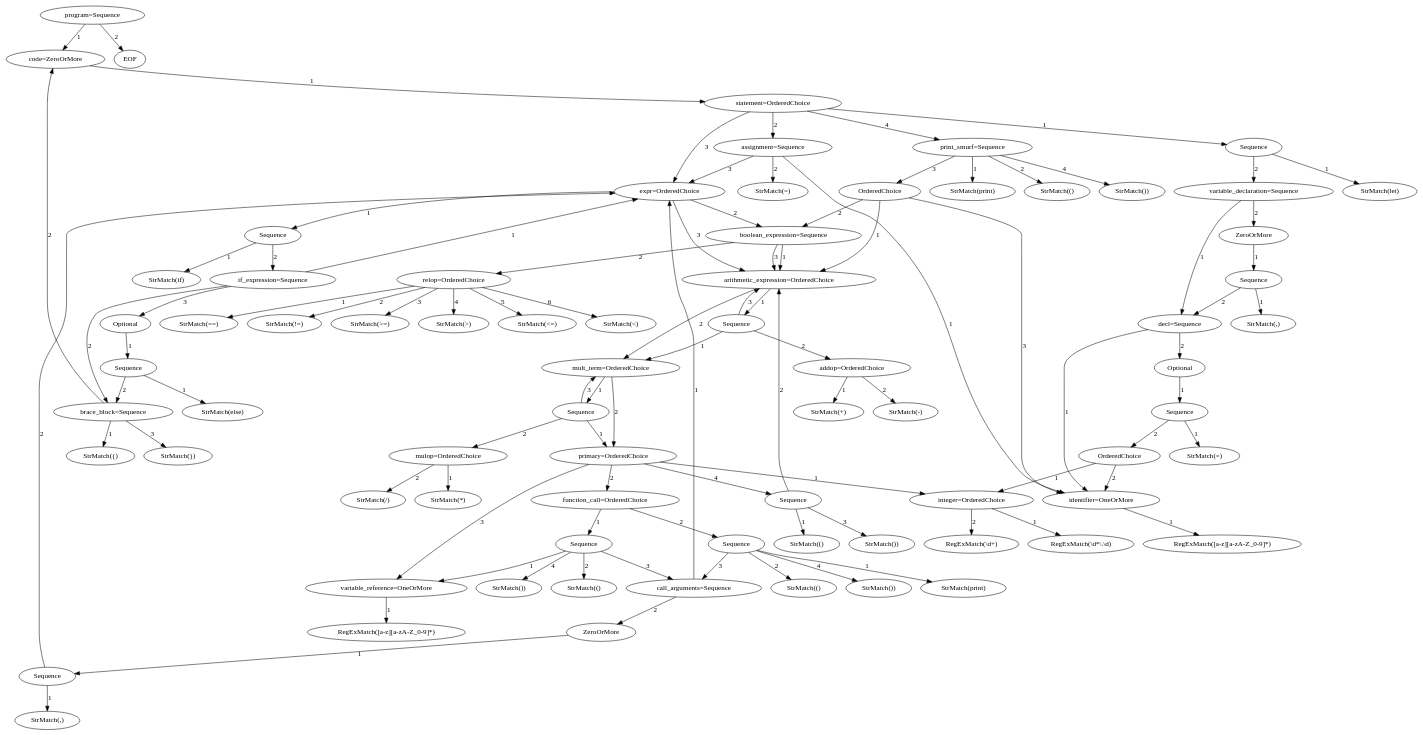
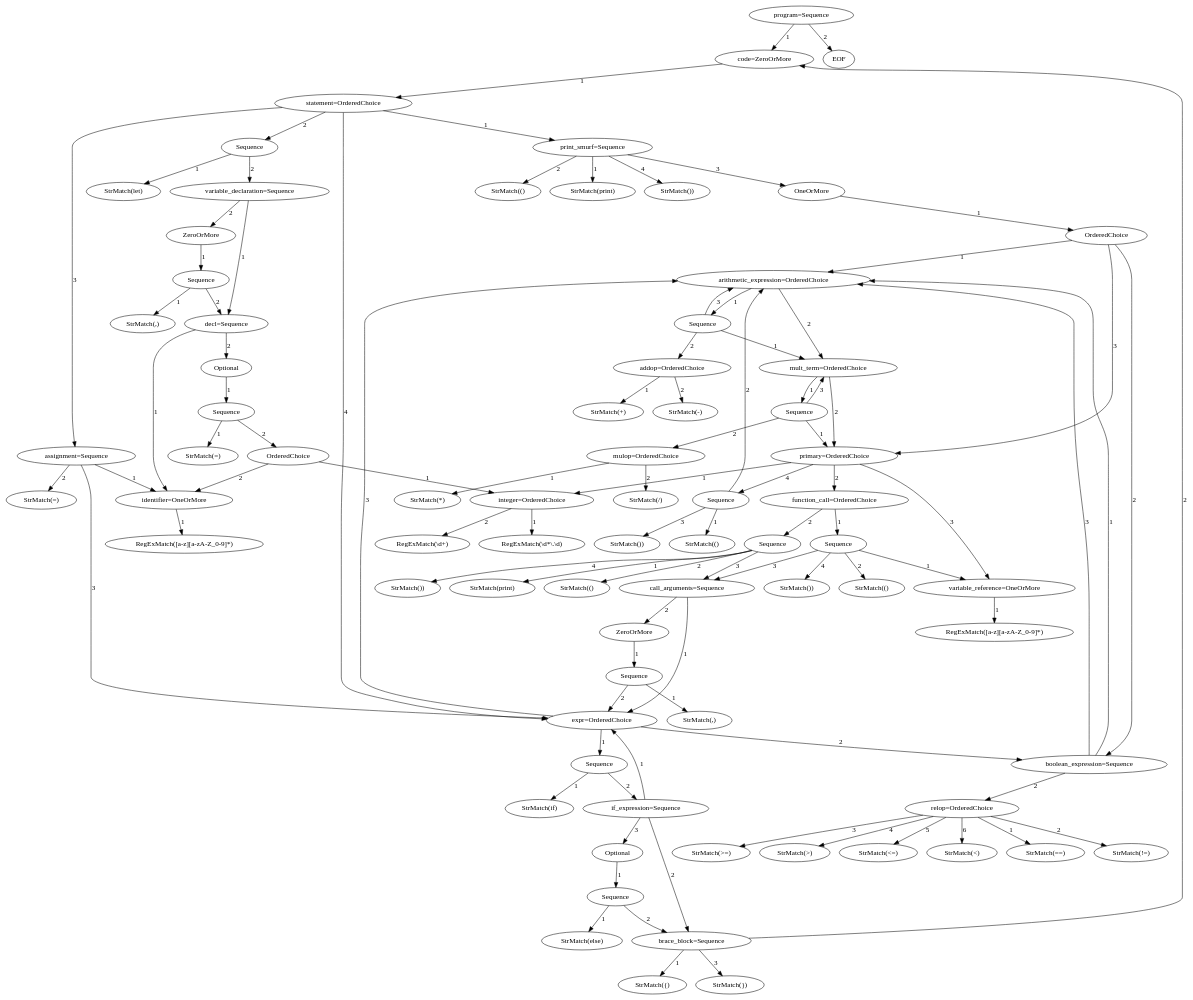
The diagram in program_parser_model.dot (pragdave/cs3342_smurf), drawn with Graphviz before and after one commit. The commit also changed 13 other files, not shown here.

```diff
--- a/program_parser_model.dot
+++ b/program_parser_model.dot
@@ -1,263 +1,266 @@
 digraph arpeggio_graph {
-4710118736 [label="program=Sequence"];
-4710118736->4715002000 [label="1"]
+4710643664 [label="program=Sequence"];
+4710643664->4710645584 [label="1"]
 
-4715002000 [label="code=ZeroOrMore"];
-4715002000->4714634768 [label="1"]
+4710645584 [label="code=ZeroOrMore"];
+4710645584->4710702032 [label="1"]
 
-4714634768 [label="statement=OrderedChoice"];
-4714634768->4714633552 [label="1"]
+4710702032 [label="statement=OrderedChoice"];
+4710702032->4714957712 [label="1"]
 
-4714633552 [label="Sequence"];
-4714633552->4715432272 [label="1"]
+4714957712 [label="print_smurf=Sequence"];
+4714957712->4714955664 [label="1"]
 
-4715432272 [label="StrMatch(let)"];
-4714633552->4711730640 [label="2"]
+4714955664 [label="StrMatch(print)"];
+4714957712->4714958544 [label="2"]
 
-4711730640 [label="variable_declaration=Sequence"];
-4711730640->4713588048 [label="1"]
+4714958544 [label="StrMatch(()"];
+4714957712->4714957648 [label="3"]
 
-4713588048 [label="decl=Sequence"];
-4713588048->4710131024 [label="1"]
+4714957648 [label="OneOrMore"];
+4714957648->4714958480 [label="1"]
 
-4710131024 [label="identifier=OneOrMore"];
-4710131024->4710132624 [label="1"]
+4714958480 [label="OrderedChoice"];
+4714958480->4714957520 [label="1"]
 
-4710132624 [label="RegExMatch([a-z][a-zA-Z_0-9]*)"];
-4713588048->4713587024 [label="2"]
+4714957520 [label="arithmetic_expression=OrderedChoice"];
+4714957520->4714958032 [label="1"]
 
-4713587024 [label="Optional"];
-4713587024->4710130256 [label="1"]
+4714958032 [label="Sequence"];
+4714958032->4714957456 [label="1"]
 
-4710130256 [label="Sequence"];
-4710130256->4710132304 [label="1"]
+4714957456 [label="mult_term=OrderedChoice"];
+4714957456->4714955088 [label="1"]
 
-4710132304 [label="StrMatch(=)"];
-4710130256->4710131728 [label="2"]
+4714955088 [label="Sequence"];
+4714955088->4714957840 [label="1"]
 
-4710131728 [label="OrderedChoice"];
-4710131728->4712754960 [label="1"]
+4714957840 [label="primary=OrderedChoice"];
+4714957840->4714957776 [label="1"]
 
-4712754960 [label="integer=OrderedChoice"];
-4712754960->4710130576 [label="1"]
+4714957776 [label="integer=OrderedChoice"];
+4714957776->4714955344 [label="1"]
 
-4710130576 [label="RegExMatch(\\d*\\.\\d)"];
-4712754960->4710132688 [label="2"]
+4714955344 [label="RegExMatch(\\d*\\.\\d)"];
+4714957776->4713309584 [label="2"]
 
-4710132688 [label="RegExMatch(\\d+)"];
-4710131728->4710131024 [label="2"]
+4713309584 [label="RegExMatch(\\d+)"];
+4714957840->4714958672 [label="2"]
 
-4711730640->4710803408 [label="2"]
+4714958672 [label="function_call=OrderedChoice"];
+4714958672->4708326288 [label="1"]
 
-4710803408 [label="ZeroOrMore"];
-4710803408->4712752592 [label="1"]
+4708326288 [label="Sequence"];
+4708326288->4715000016 [label="1"]
 
-4712752592 [label="Sequence"];
-4712752592->4712751696 [label="1"]
+4715000016 [label="variable_reference=OneOrMore"];
+4715000016->4715001168 [label="1"]
 
-4712751696 [label="StrMatch(,)"];
-4712752592->4713588048 [label="2"]
+4715001168 [label="RegExMatch([a-z][a-zA-Z_0-9]*)"];
+4708326288->4715002448 [label="2"]
 
-4714634768->4713191440 [label="2"]
+4715002448 [label="StrMatch(()"];
+4708326288->4715001488 [label="3"]
 
-4713191440 [label="assignment=Sequence"];
-4713191440->4710131024 [label="1"]
+4715001488 [label="call_arguments=Sequence"];
+4715001488->4715001104 [label="1"]
 
-4713191440->4710133520 [label="2"]
+4715001104 [label="expr=OrderedChoice"];
+4715001104->4715000208 [label="1"]
 
-4710133520 [label="StrMatch(=)"];
-4713191440->4712754896 [label="3"]
+4715000208 [label="Sequence"];
+4715000208->4715002192 [label="1"]
 
-4712754896 [label="expr=OrderedChoice"];
-4712754896->4712752464 [label="1"]
+4715002192 [label="StrMatch(if)"];
+4715000208->4715003216 [label="2"]
 
-4712752464 [label="Sequence"];
-4712752464->4712754640 [label="1"]
+4715003216 [label="if_expression=Sequence"];
+4715003216->4715001104 [label="1"]
 
-4712754640 [label="StrMatch(if)"];
-4712752464->4712754704 [label="2"]
+4715003216->4713309520 [label="2"]
 
-4712754704 [label="if_expression=Sequence"];
-4712754704->4712754896 [label="1"]
+4713309520 [label="brace_block=Sequence"];
+4713309520->4713312016 [label="1"]
 
-4712754704->4710130320 [label="2"]
+4713312016 [label="StrMatch({)"];
+4713309520->4710645584 [label="2"]
 
-4710130320 [label="brace_block=Sequence"];
-4710130320->4712753616 [label="1"]
+4713309520->4713309968 [label="3"]
 
-4712753616 [label="StrMatch({)"];
-4710130320->4715002000 [label="2"]
+4713309968 [label="StrMatch(})"];
+4715003216->4715002832 [label="3"]
 
-4710130320->4712752848 [label="3"]
+4715002832 [label="Optional"];
+4715002832->4713311248 [label="1"]
 
-4712752848 [label="StrMatch(})"];
-4712754704->4712755088 [label="3"]
+4713311248 [label="Sequence"];
+4713311248->4713308880 [label="1"]
 
-4712755088 [label="Optional"];
-4712755088->4712752656 [label="1"]
+4713308880 [label="StrMatch(else)"];
+4713311248->4713309520 [label="2"]
 
-4712752656 [label="Sequence"];
-4712752656->4711195280 [label="1"]
+4715001104->4713308304 [label="2"]
 
-4711195280 [label="StrMatch(else)"];
-4712752656->4710130320 [label="2"]
+4713308304 [label="boolean_expression=Sequence"];
+4713308304->4714957520 [label="1"]
 
-4712754896->4712310480 [label="2"]
+4713308304->4707865360 [label="2"]
 
-4712310480 [label="boolean_expression=Sequence"];
-4712310480->4712697168 [label="1"]
+4707865360 [label="relop=OrderedChoice"];
+4707865360->4707864784 [label="1"]
 
-4712697168 [label="arithmetic_expression=OrderedChoice"];
-4712697168->4712695632 [label="1"]
+4707864784 [label="StrMatch(==)"];
+4707865360->4707865872 [label="2"]
 
-4712695632 [label="Sequence"];
-4712695632->4712694928 [label="1"]
+4707865872 [label="StrMatch(!=)"];
+4707865360->4707866384 [label="3"]
 
-4712694928 [label="mult_term=OrderedChoice"];
-4712694928->4712697808 [label="1"]
+4707866384 [label="StrMatch(>=)"];
+4707865360->4707868624 [label="4"]
 
-4712697808 [label="Sequence"];
-4712697808->4712696784 [label="1"]
+4707868624 [label="StrMatch(>)"];
+4707865360->4707865296 [label="5"]
 
-4712696784 [label="primary=OrderedChoice"];
-4712696784->4712754960 [label="1"]
+4707865296 [label="StrMatch(<=)"];
+4707865360->4711892112 [label="6"]
 
-4712696784->4712310800 [label="2"]
+4711892112 [label="StrMatch(<)"];
+4713308304->4714957520 [label="3"]
 
-4712310800 [label="function_call=OrderedChoice"];
-4712310800->4716531408 [label="1"]
+4715001104->4714957520 [label="3"]
 
-4716531408 [label="Sequence"];
-4716531408->4712753104 [label="1"]
+4715001488->4715000144 [label="2"]
 
-4712753104 [label="variable_reference=OneOrMore"];
-4712753104->4712752976 [label="1"]
+4715000144 [label="ZeroOrMore"];
+4715000144->4694869584 [label="1"]
 
-4712752976 [label="RegExMatch([a-z][a-zA-Z_0-9]*)"];
-4716531408->4712754320 [label="2"]
+4694869584 [label="Sequence"];
+4694869584->4710699536 [label="1"]
 
-4712754320 [label="StrMatch(()"];
-4716531408->4712752784 [label="3"]
+4710699536 [label="StrMatch(,)"];
+4694869584->4715001104 [label="2"]
 
-4712752784 [label="call_arguments=Sequence"];
-4712752784->4712754896 [label="1"]
+4708326288->4714194384 [label="4"]
 
-4712752784->4712751248 [label="2"]
+4714194384 [label="StrMatch())"];
+4714958672->4711196560 [label="2"]
 
-4712751248 [label="ZeroOrMore"];
-4712751248->4712696976 [label="1"]
+4711196560 [label="Sequence"];
+4711196560->4710644944 [label="1"]
 
-4712696976 [label="Sequence"];
-4712696976->4712696336 [label="1"]
+4710644944 [label="StrMatch(print)"];
+4711196560->4710645456 [label="2"]
 
-4712696336 [label="StrMatch(,)"];
-4712696976->4712754896 [label="2"]
+4710645456 [label="StrMatch(()"];
+4711196560->4715001488 [label="3"]
 
-4716531408->4712694800 [label="4"]
+4711196560->4710642384 [label="4"]
 
-4712694800 [label="StrMatch())"];
-4712310800->4713590416 [label="2"]
+4710642384 [label="StrMatch())"];
+4714957840->4715000016 [label="3"]
 
-4713590416 [label="Sequence"];
-4713590416->4712696528 [label="1"]
+4714957840->4710641872 [label="4"]
 
-4712696528 [label="StrMatch(print)"];
-4713590416->4712695696 [label="2"]
+4710641872 [label="Sequence"];
+4710641872->4710644816 [label="1"]
 
-4712695696 [label="StrMatch(()"];
-4713590416->4712752784 [label="3"]
+4710644816 [label="StrMatch(()"];
+4710641872->4714957520 [label="2"]
 
-4713590416->4712694480 [label="4"]
+4710641872->4691425424 [label="3"]
 
-4712694480 [label="StrMatch())"];
-4712696784->4712753104 [label="3"]
+4691425424 [label="StrMatch())"];
+4714955088->4701970512 [label="2"]
 
-4712696784->4712697552 [label="4"]
+4701970512 [label="mulop=OrderedChoice"];
+4701970512->4714681104 [label="1"]
 
-4712697552 [label="Sequence"];
-4712697552->4710755024 [label="1"]
+4714681104 [label="StrMatch(*)"];
+4701970512->4714680912 [label="2"]
 
-4710755024 [label="StrMatch(()"];
-4712697552->4712697168 [label="2"]
+4714680912 [label="StrMatch(/)"];
+4714955088->4714957456 [label="3"]
 
-4712697552->4714007952 [label="3"]
+4714957456->4714957840 [label="2"]
 
-4714007952 [label="StrMatch())"];
-4712697808->4714006800 [label="2"]
+4714958032->4708789584 [label="2"]
 
-4714006800 [label="mulop=OrderedChoice"];
-4714006800->4714007632 [label="1"]
+4708789584 [label="addop=OrderedChoice"];
+4708789584->4714755024 [label="1"]
 
-4714007632 [label="StrMatch(*)"];
-4714006800->4714006928 [label="2"]
+4714755024 [label="StrMatch(+)"];
+4708789584->4716530960 [label="2"]
 
-4714006928 [label="StrMatch(/)"];
-4712697808->4712694928 [label="3"]
+4716530960 [label="StrMatch(-)"];
+4714958032->4714957520 [label="3"]
 
-4712694928->4712696784 [label="2"]
+4714957520->4714957456 [label="2"]
 
-4712695632->4710542352 [label="2"]
+4714958480->4713308304 [label="2"]
 
-4710542352 [label="addop=OrderedChoice"];
-4710542352->4710541328 [label="1"]
+4714958480->4714957840 [label="3"]
 
-4710541328 [label="StrMatch(+)"];
-4710542352->4710594192 [label="2"]
+4714957712->4714278480 [label="4"]
 
-4710594192 [label="StrMatch(-)"];
-4712695632->4712697168 [label="3"]
+4714278480 [label="StrMatch())"];
+4710702032->4714276496 [label="2"]
 
-4712697168->4712694928 [label="2"]
+4714276496 [label="Sequence"];
+4714276496->4712169744 [label="1"]
 
-4712310480->4715490128 [label="2"]
+4712169744 [label="StrMatch(let)"];
+4714276496->4712172368 [label="2"]
 
-4715490128 [label="relop=OrderedChoice"];
-4715490128->4715490960 [label="1"]
+4712172368 [label="variable_declaration=Sequence"];
+4712172368->4712171920 [label="1"]
 
-4715490960 [label="StrMatch(==)"];
-4715490128->4715490576 [label="2"]
+4712171920 [label="decl=Sequence"];
+4712171920->4712170512 [label="1"]
 
-4715490576 [label="StrMatch(!=)"];
-4715490128->4715487568 [label="3"]
+4712170512 [label="identifier=OneOrMore"];
+4712170512->4712170256 [label="1"]
 
-4715487568 [label="StrMatch(>=)"];
-4715490128->4715489296 [label="4"]
+4712170256 [label="RegExMatch([a-z][a-zA-Z_0-9]*)"];
+4712171920->4712172880 [label="2"]
 
-4715489296 [label="StrMatch(>)"];
-4715490128->4715487312 [label="5"]
+4712172880 [label="Optional"];
+4712172880->4712171024 [label="1"]
 
-4715487312 [label="StrMatch(<=)"];
-4715490128->4715488016 [label="6"]
+4712171024 [label="Sequence"];
+4712171024->4712171600 [label="1"]
 
-4715488016 [label="StrMatch(<)"];
-4712310480->4712697168 [label="3"]
+4712171600 [label="StrMatch(=)"];
+4712171024->4712170960 [label="2"]
 
-4712754896->4712697168 [label="3"]
+4712170960 [label="OrderedChoice"];
+4712170960->4714957776 [label="1"]
 
-4714634768->4712754896 [label="3"]
+4712170960->4712170512 [label="2"]
 
-4714634768->4708376080 [label="4"]
+4712172368->4712169872 [label="2"]
 
-4708376080 [label="print_smurf=Sequence"];
-4708376080->4708375952 [label="1"]
+4712169872 [label="ZeroOrMore"];
+4712169872->4712172688 [label="1"]
 
-4708375952 [label="StrMatch(print)"];
-4708376080->4708373136 [label="2"]
+4712172688 [label="Sequence"];
+4712172688->4714116880 [label="1"]
 
-4708373136 [label="StrMatch(()"];
-4708376080->4708375824 [label="3"]
+4714116880 [label="StrMatch(,)"];
+4712172688->4712171920 [label="2"]
 
-4708375824 [label="OrderedChoice"];
-4708375824->4712697168 [label="1"]
+4710702032->4714117264 [label="3"]
 
-4708375824->4712310480 [label="2"]
+4714117264 [label="assignment=Sequence"];
+4714117264->4712170512 [label="1"]
 
-4708375824->4710131024 [label="3"]
+4714117264->4713716240 [label="2"]
 
-4708376080->4708374672 [label="4"]
+4713716240 [label="StrMatch(=)"];
+4714117264->4715001104 [label="3"]
 
-4708374672 [label="StrMatch())"];
-4710118736->4715490320 [label="2"]
+4710702032->4715001104 [label="4"]
 
-4715490320 [label="EOF"];
+4710643664->4712252112 [label="2"]
+
+4712252112 [label="EOF"];
 }
```
